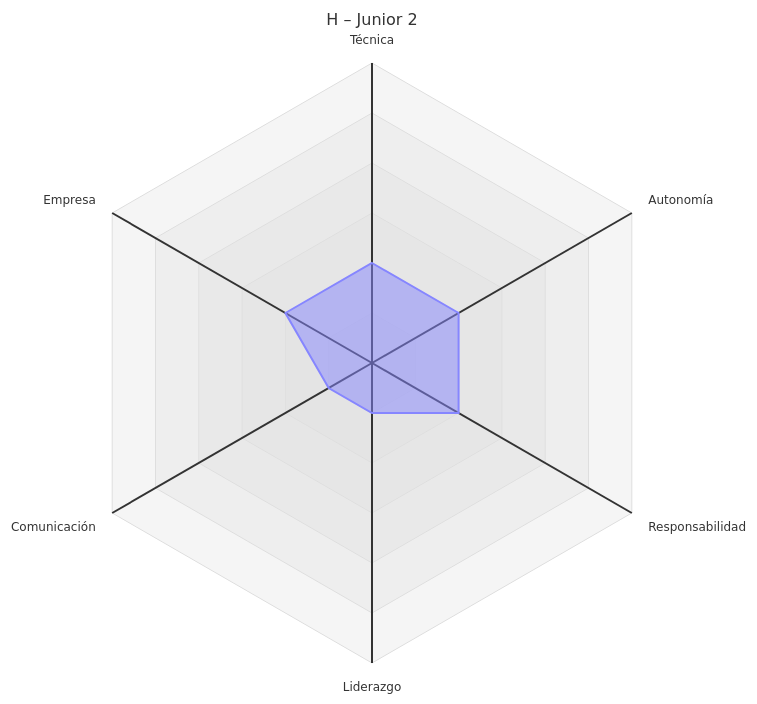
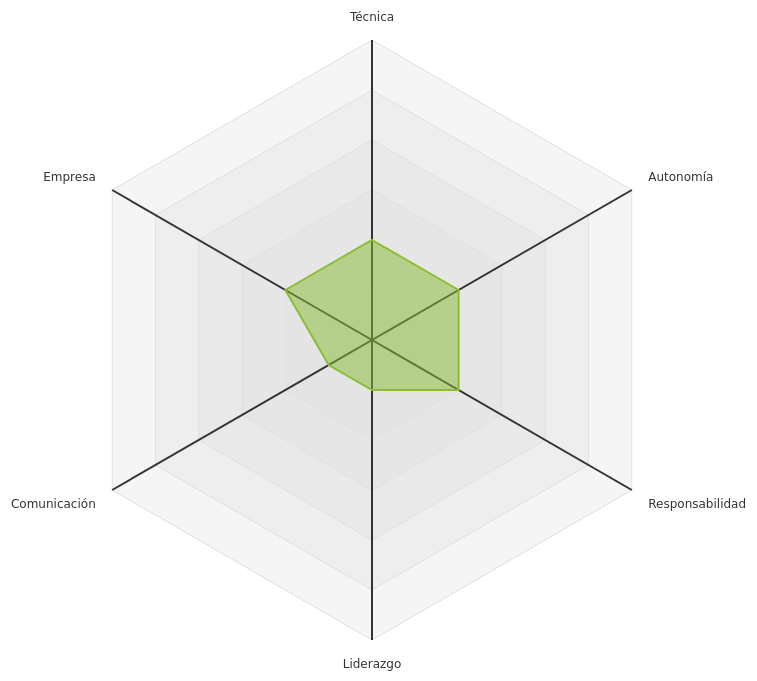
One commit to javigallego-tech/carrera-profesional-ti changed the second of 9 diagrams in perfiles-por-nivel.md. Above: the diagram before and after it, drawn with Mermaid. The commit also changed other lines of this file and 1 other file, not shown here.

````diff
--- a/perfiles-por-nivel.md
+++ b/perfiles-por-nivel.md
@@ -27,13 +28,14 @@
 ```mermaid
 ---
-title: "H – Junior 2"
+config:
+  themeVariables:
+    cScale0: "#89BE34"
 ---
 radar-beta
   axis t["Técnica"], a["Autonomía"], r["Responsabilidad"], l["Liderazgo"], c["Comunicación"], e["Empresa"]
   curve n["Mínimo"]{2, 2, 2, 1, 1, 2}
   max 6
-  min 0
   ticks 6
   graticule polygon
   showLegend false
 ```
````
